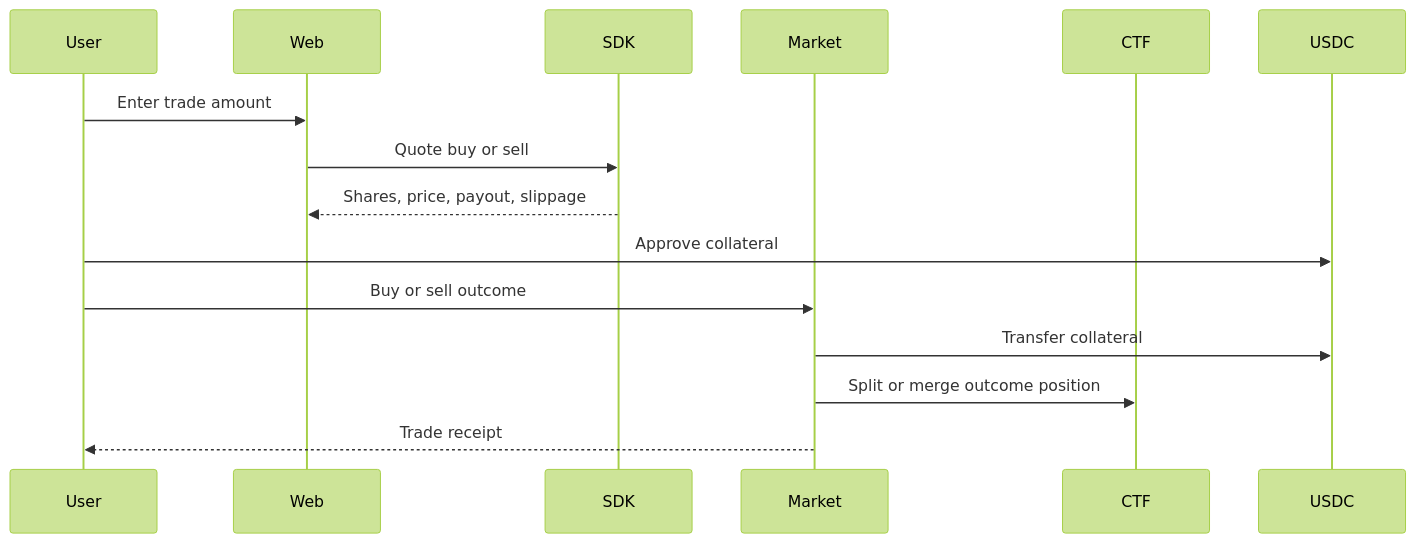
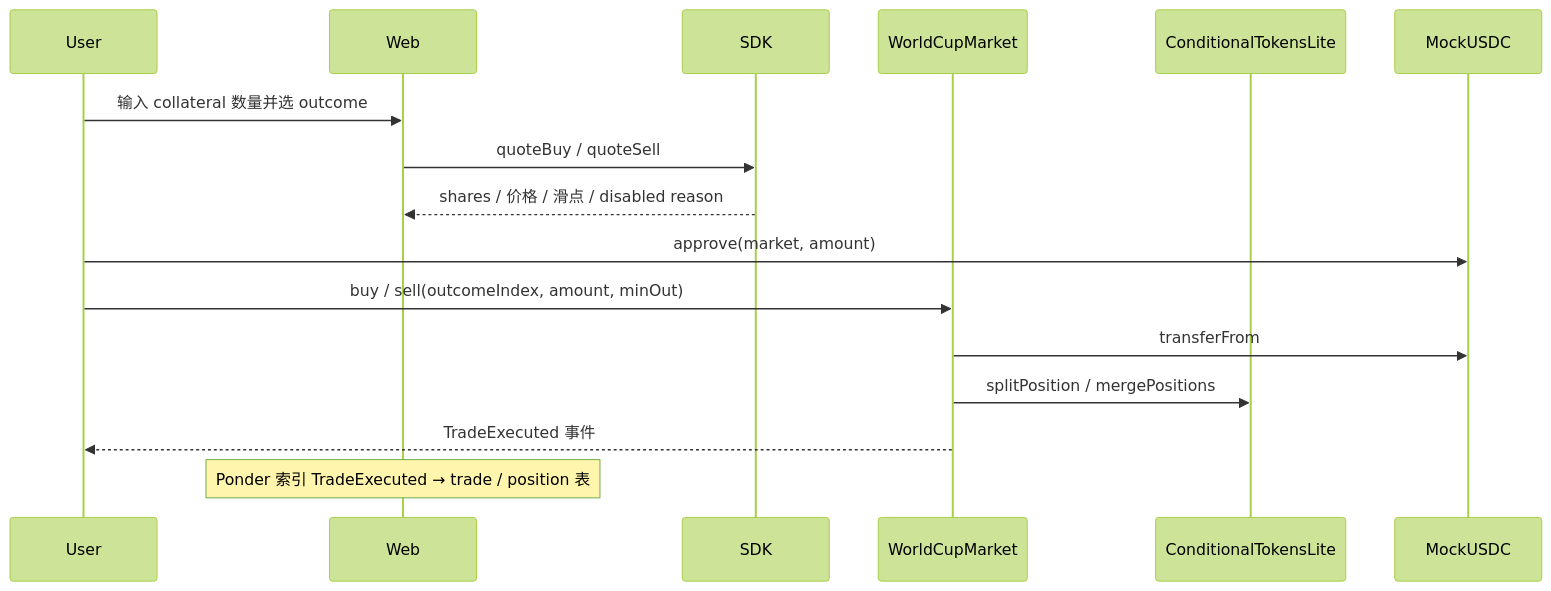
Before and after one commit to web3-dev-axin/football: the third of 5 diagrams in README.md, drawn with Mermaid (forest theme). The commit also changed other lines of this file and 192 other files, not shown here.

````diff
--- a/README.md
+++ b/README.md
@@ -58,18 +74,19 @@
 ```mermaid
 sequenceDiagram
   participant User
   participant Web
   participant SDK
-  participant Market
-  participant CTF
-  participant USDC
+  participant Market as WorldCupMarket
+  participant CTF as ConditionalTokensLite
+  participant USDC as MockUSDC
 
-  User->>Web: Enter trade amount
-  Web->>SDK: Quote buy or sell
-  SDK-->>Web: Shares, price, payout, slippage
-  User->>USDC: Approve collateral
-  User->>Market: Buy or sell outcome
-  Market->>USDC: Transfer collateral
-  Market->>CTF: Split or merge outcome position
-  Market-->>User: Trade receipt
+  User->>Web: 输入 collateral 数量并选 outcome
+  Web->>SDK: quoteBuy / quoteSell
+  SDK-->>Web: shares / 价格 / 滑点 / disabled reason
+  User->>USDC: approve(market, amount)
+  User->>Market: buy / sell(outcomeIndex, amount, minOut)
+  Market->>USDC: transferFrom
+  Market->>CTF: splitPosition / mergePositions
+  Market-->>User: TradeExecuted 事件
+  Note over Web: Ponder 索引 TradeExecuted → trade / position 表
 ```
````
